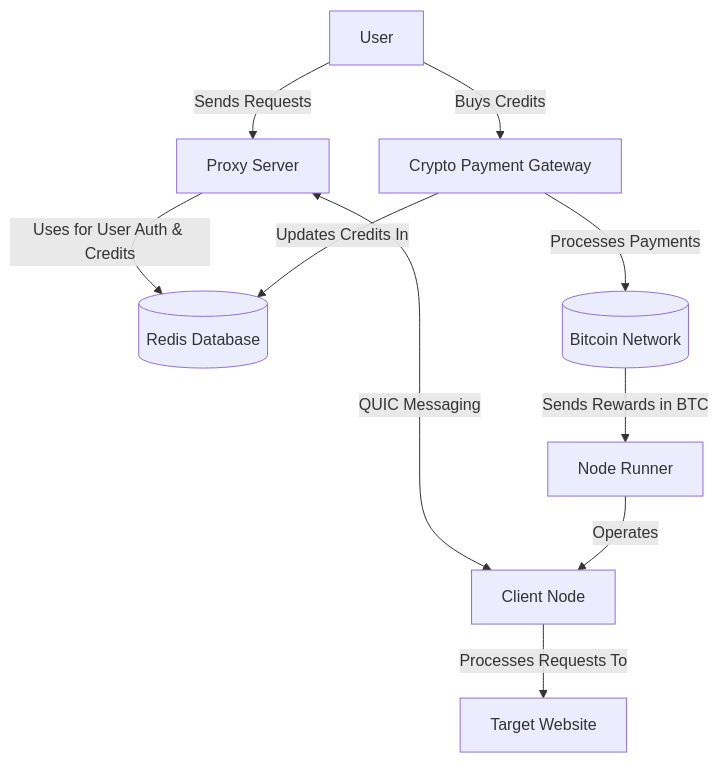
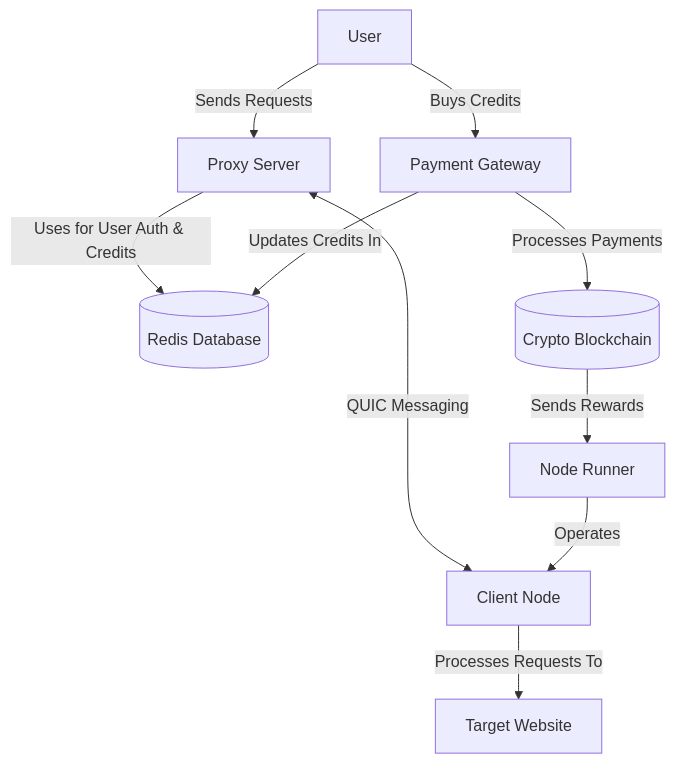
The first of 2 diagrams in README.md (L1shed/Turbo), drawn with Mermaid before and after one commit. The commit also changed other lines of this file and 10 other files, not shown here.

````diff
--- a/README.md
+++ b/README.md
@@ -21,25 +20,25 @@
 ```mermaid
 flowchart TD
     User[User]
     ProxyServer[Proxy Server]
     Redis[(Redis Database)]
     ClientNode[Client Node]
     NodeRunner[Node Runner]
-    PaymentGateway[Crypto Payment Gateway]
-    BitcoinNetwork[(Bitcoin Network)]
+    PaymentGateway[Payment Gateway]
+    BitcoinNetwork[(Crypto Blockchain)]
     TargetWebsite[Target Website]
 
     User --> |Sends Requests| ProxyServer
     User --> |Buys Credits| PaymentGateway
 
     ProxyServer --> |Uses for User Auth & Credits| Redis
     ProxyServer <--> |QUIC Messaging| ClientNode
 
     ClientNode --> |Processes Requests To| TargetWebsite
     NodeRunner --> |Operates| ClientNode
 
     PaymentGateway --> |Processes Payments| BitcoinNetwork
     PaymentGateway --> |Updates Credits In| Redis
 
-    BitcoinNetwork --> |Sends Rewards in BTC| NodeRunner
+    BitcoinNetwork --> |Sends Rewards| NodeRunner
 ```
````
